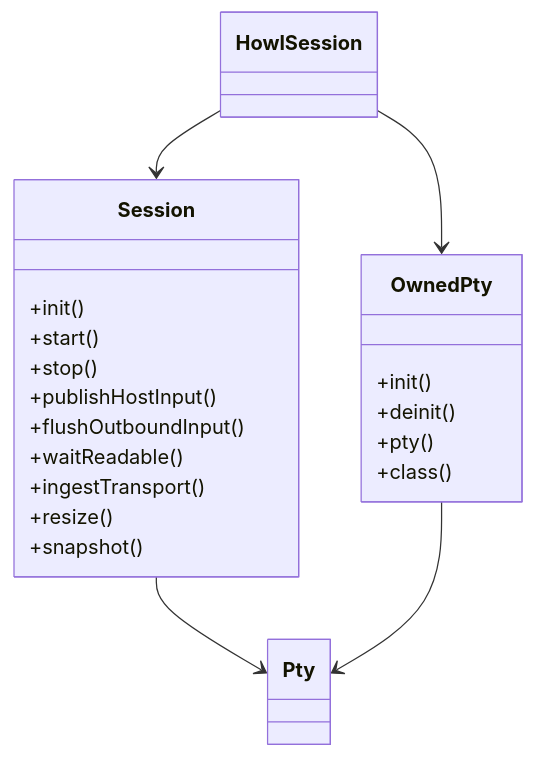
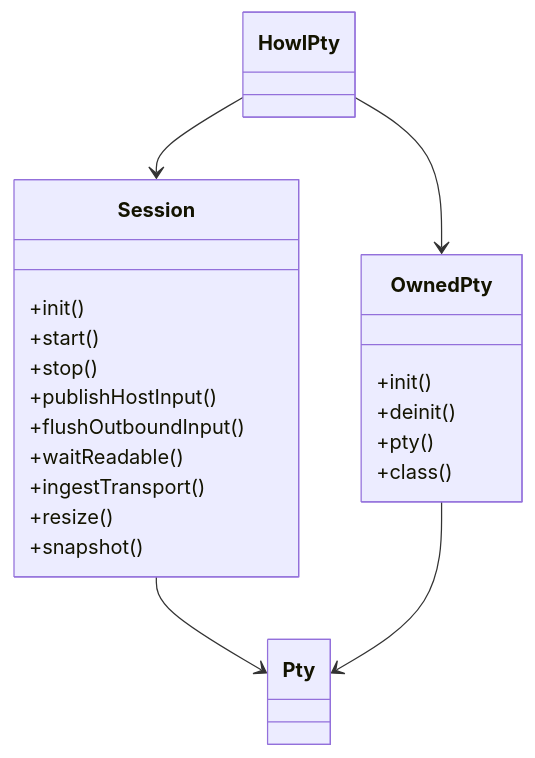
Before and after one commit to LaurenceGuws/howl-pty: the first of 4 diagrams in design.md, drawn with Mermaid. The commit also changed other lines of this file and 10 other files, not shown here.

Commit message:
pty: rename session surface and expose ffi handles

````diff
--- a/design.md
+++ b/design.md
@@ -17,27 +15,27 @@
 ```mermaid
 classDiagram
-    class HowlSession
+    class HowlPty
     class Session {
       +init()
       +start()
       +stop()
       +publishHostInput()
       +flushOutboundInput()
       +waitReadable()
       +ingestTransport()
       +resize()
       +snapshot()
     }
     class OwnedPty {
       +init()
       +deinit()
       +pty()
       +class()
     }
     class Pty
 
-    HowlSession --> Session
-    HowlSession --> OwnedPty
+    HowlPty --> Session
+    HowlPty --> OwnedPty
     Session --> Pty
     OwnedPty --> Pty
 ```
````
